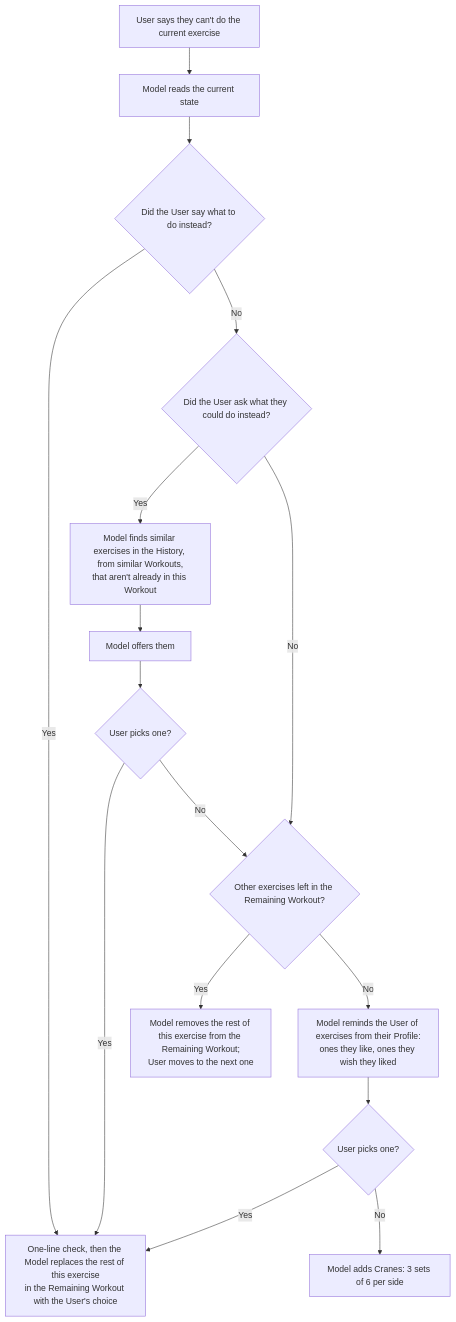
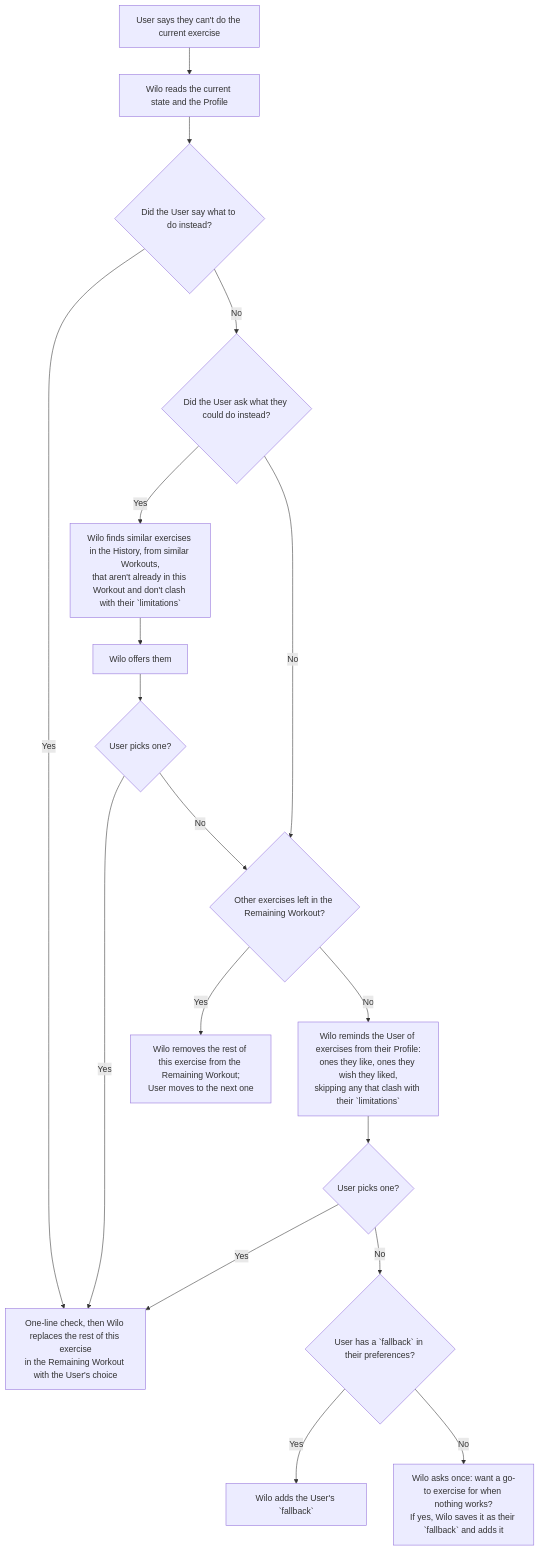
One commit to CoachThomLamb/wilo_ai changed the second of 3 diagrams in wilo/coach.md. Above: the diagram before and after it, drawn with Mermaid. The commit also changed other lines of this file and 4 other files, not shown here.

````diff
--- a/wilo/coach.md
+++ b/wilo/coach.md
@@ -73,17 +109,19 @@
 ```mermaid
 flowchart TD
-    A[User says they can't do the current exercise] --> B[Model reads the current state]
+    A[User says they can't do the current exercise] --> B[Wilo reads the current state and the Profile]
     B --> C{Did the User say what to do instead?}
-    C -- Yes --> D[One-line check, then the Model replaces the rest of this exercise<br/>in the Remaining Workout with the User's choice]
+    C -- Yes --> D[One-line check, then Wilo replaces the rest of this exercise<br/>in the Remaining Workout with the User's choice]
     C -- No --> E{Did the User ask what they could do instead?}
-    E -- Yes --> F[Model finds similar exercises in the History, from similar Workouts,<br/>that aren't already in this Workout]
-    F --> G[Model offers them] --> H{User picks one?}
+    E -- Yes --> F[Wilo finds similar exercises in the History, from similar Workouts,<br/>that aren't already in this Workout and don't clash with their `limitations`]
+    F --> G[Wilo offers them] --> H{User picks one?}
     H -- Yes --> D
     H -- No --> I
     E -- No --> I{Other exercises left in the Remaining Workout?}
-    I -- Yes --> J[Model removes the rest of this exercise from the Remaining Workout;<br/>User moves to the next one]
-    I -- No --> K[Model reminds the User of exercises from their Profile:<br/>ones they like, ones they wish they liked]
+    I -- Yes --> J[Wilo removes the rest of this exercise from the Remaining Workout;<br/>User moves to the next one]
+    I -- No --> K[Wilo reminds the User of exercises from their Profile:<br/>ones they like, ones they wish they liked,<br/>skipping any that clash with their `limitations`]
     K --> L{User picks one?}
     L -- Yes --> D
-    L -- No --> M[Model adds Cranes: 3 sets of 6 per side]
+    L -- No --> M{User has a `fallback` in their preferences?}
+    M -- Yes --> N[Wilo adds the User's `fallback`]
+    M -- No --> O[Wilo asks once: want a go-to exercise for when nothing works?<br/>If yes, Wilo saves it as their `fallback` and adds it]
 ```
````
